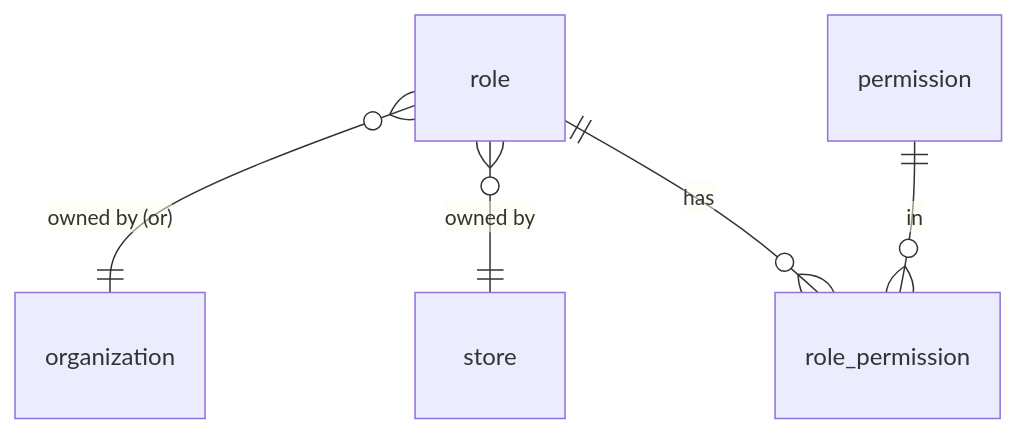
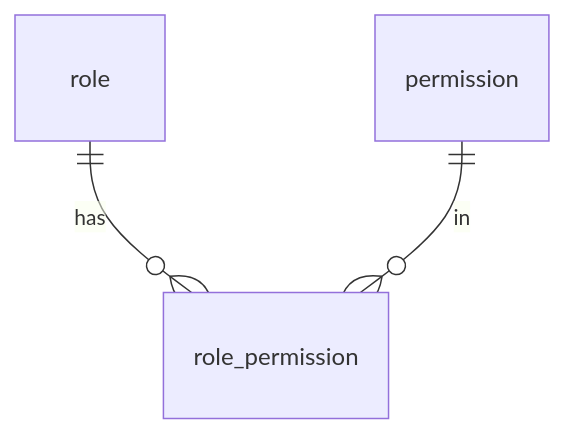
One commit to Shahrukh489/gekkosuite-api changed the ninth of 13 diagrams in docs/database.md. Above: the diagram before and after it, drawn with Mermaid. The commit also changed other lines of this file and 4 other files, not shown here.

````diff
--- a/docs/database.md
+++ b/docs/database.md
@@ -444,7 +413,5 @@
 ```mermaid
 erDiagram
-    role       }o--|| organization : "owned by (or)"
-    role       }o--|| store : "owned by"
     role       ||--o{ role_permission : "has"
     permission ||--o{ role_permission : "in"
 ```
````
